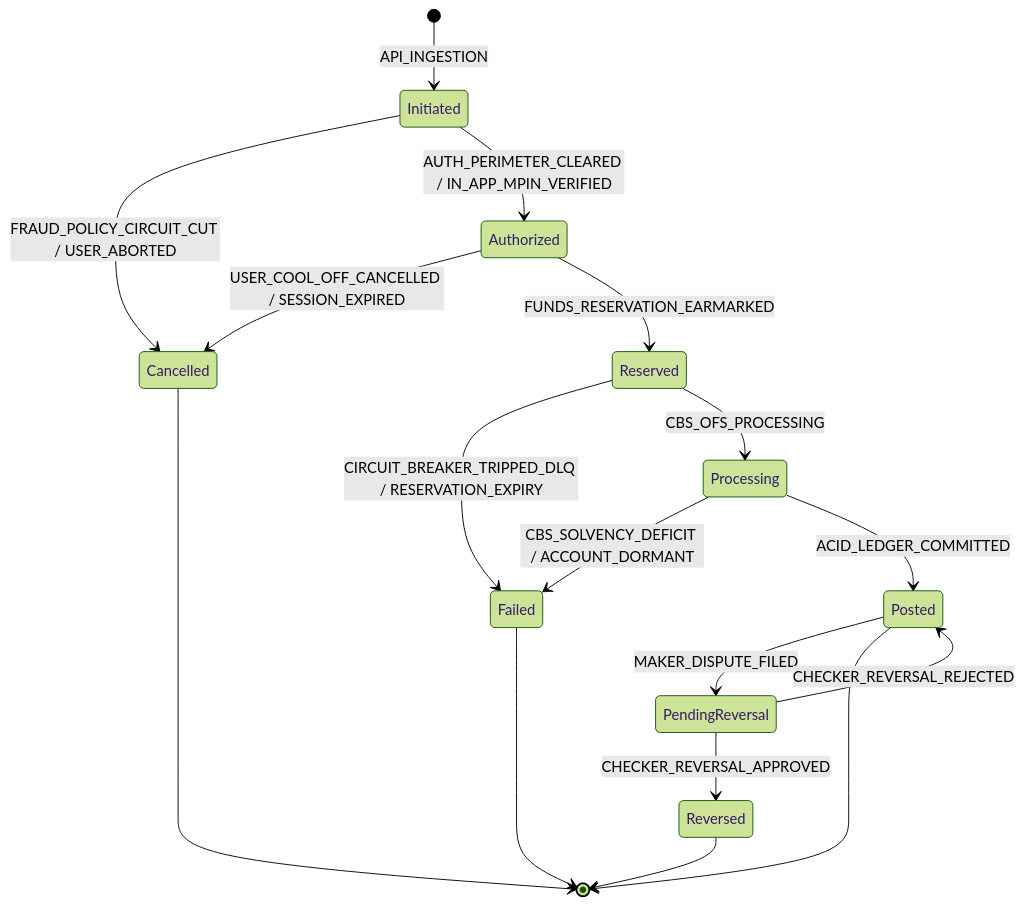
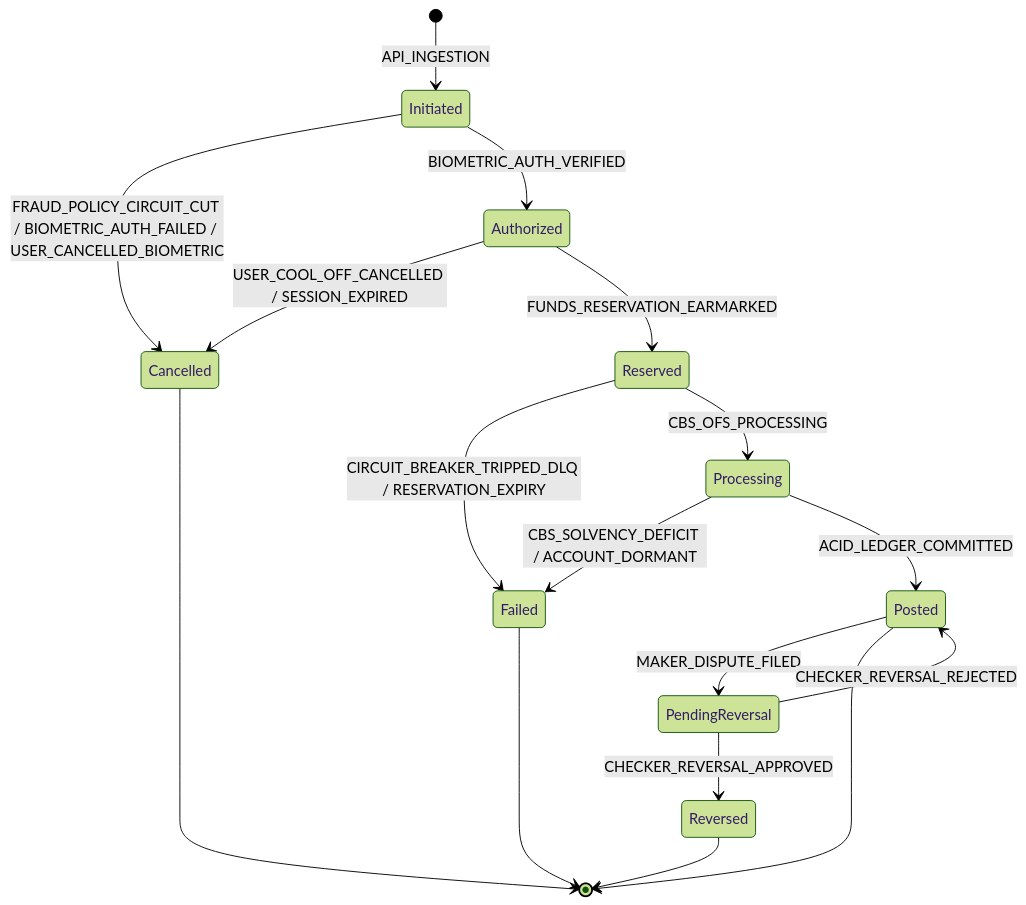
One commit to romzelmadidev/group3_fse_capstone changed the fourth of 25 diagrams in docs/architecture/TARGET_ARCHITECTURE_TRANSITION_DESIGN.md. Above: the diagram before and after it, drawn with Mermaid (forest theme). The commit also changed other lines of this file and 1 other file, not shown here.

Commit message:
Committed current T24 target architecture document

````diff
--- a/docs/architecture/TARGET_ARCHITECTURE_TRANSITION_DESIGN.md
+++ b/docs/architecture/TARGET_ARCHITECTURE_TRANSITION_DESIGN.md
@@ -192,25 +211,25 @@
 ```mermaid
 stateDiagram-v2
     [*] --> Initiated: API_INGESTION
 
-    Initiated --> Cancelled: FRAUD_POLICY_CIRCUIT_CUT / USER_ABORTED
-    Initiated --> Authorized: AUTH_PERIMETER_CLEARED / IN_APP_MPIN_VERIFIED
+    Initiated --> Cancelled: FRAUD_POLICY_CIRCUIT_CUT / BIOMETRIC_AUTH_FAILED / USER_CANCELLED_BIOMETRIC
+    Initiated --> Authorized: BIOMETRIC_AUTH_VERIFIED
 
     Authorized --> Cancelled: USER_COOL_OFF_CANCELLED / SESSION_EXPIRED
     Authorized --> Reserved: FUNDS_RESERVATION_EARMARKED
 
     Reserved --> Failed: CIRCUIT_BREAKER_TRIPPED_DLQ / RESERVATION_EXPIRY
     Reserved --> Processing: CBS_OFS_PROCESSING
 
     Processing --> Failed: CBS_SOLVENCY_DEFICIT / ACCOUNT_DORMANT
     Processing --> Posted: ACID_LEDGER_COMMITTED
 
     Posted --> PendingReversal: MAKER_DISPUTE_FILED
     PendingReversal --> Reversed: CHECKER_REVERSAL_APPROVED
     PendingReversal --> Posted: CHECKER_REVERSAL_REJECTED
 
     Posted --> [*]
     Failed --> [*]
     Cancelled --> [*]
     Reversed --> [*]
 ```
````
